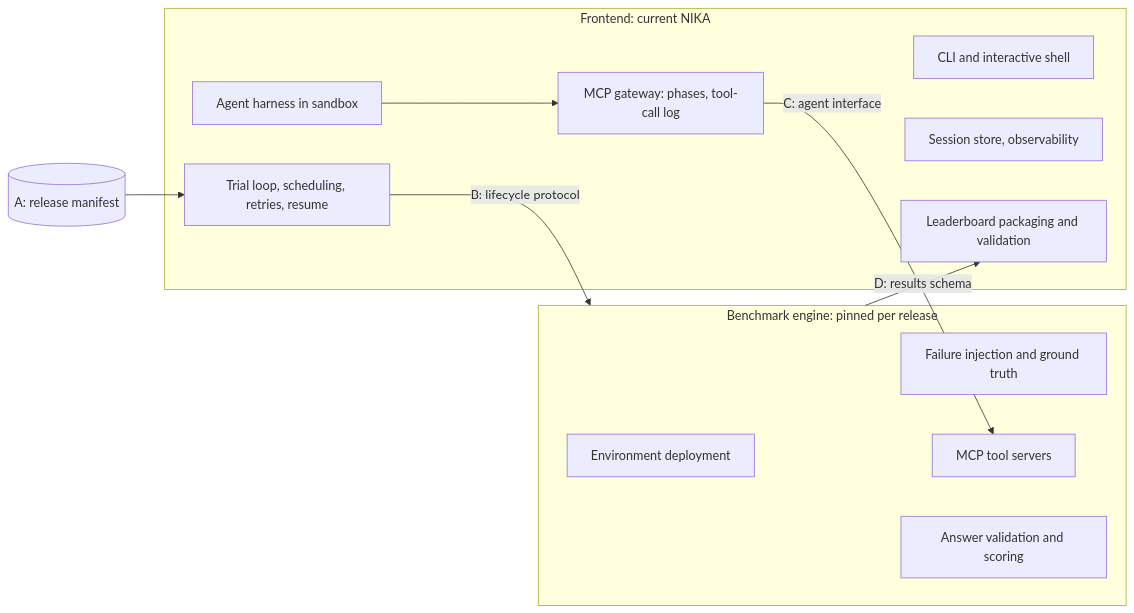
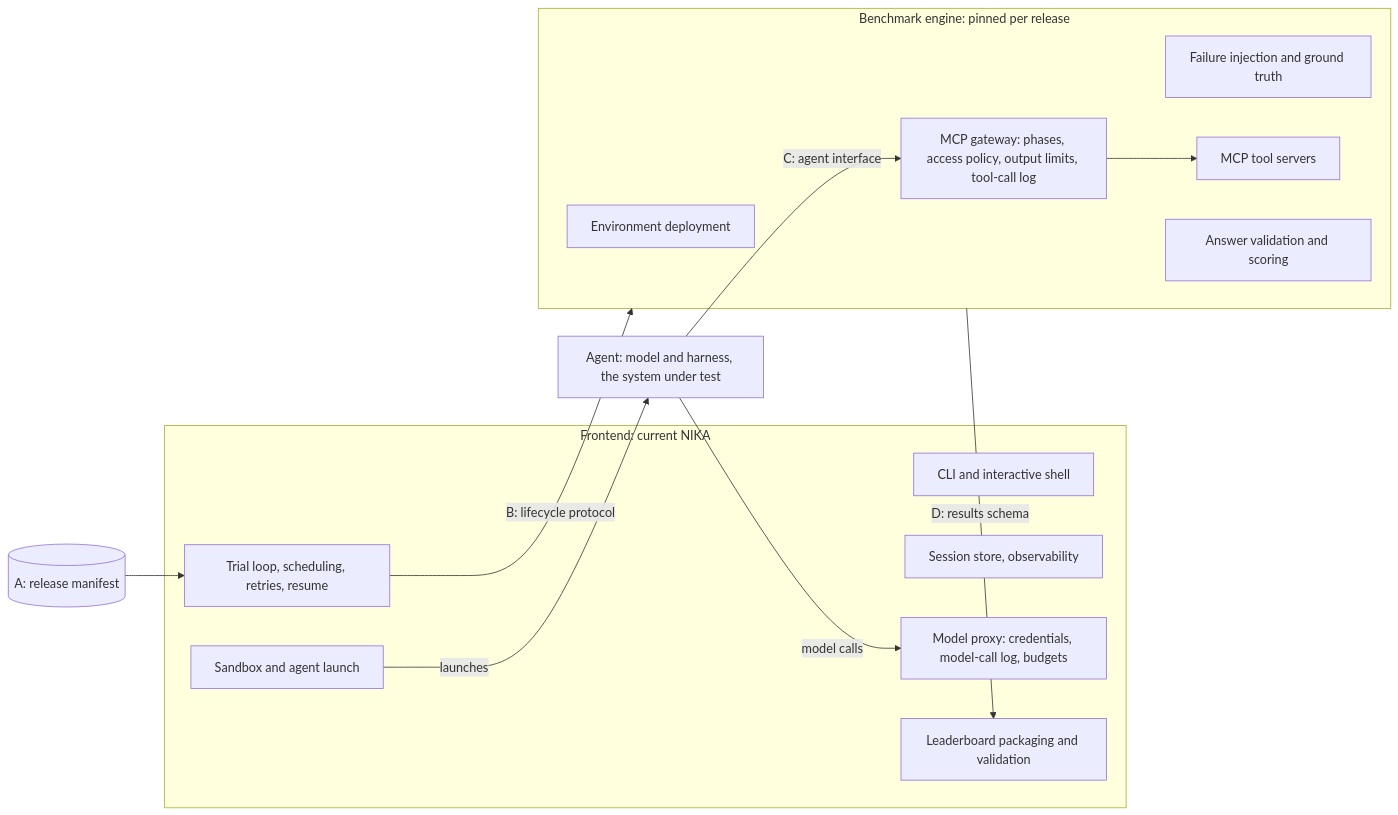
The diagram in docs/development/benchmark-contracts.md (sands-lab/nika), drawn with Mermaid before and after one commit. The commit also changed other lines of this file and 44 other files, not shown here.

First line of the commit message:
feat(benchmark): run releases on a pinned benchmark engine that hosts the MCP gateway

````diff
--- a/docs/development/benchmark-contracts.md
+++ b/docs/development/benchmark-contracts.md
@@ -11,21 +11,25 @@
 ```mermaid
 flowchart LR
+    Agent[Agent: model and harness, the system under test]
     subgraph FE[Frontend: current NIKA]
         CLI[CLI and interactive shell]
         Loop[Trial loop, scheduling, retries, resume]
+        Sandbox[Sandbox and agent launch]
         Store[Session store, observability]
-        GW[MCP gateway: phases, tool-call log]
-        Agent[Agent harness in sandbox]
+        MG[Model proxy: credentials, model-call log, budgets]
         Pack[Leaderboard packaging and validation]
     end
     subgraph BE[Benchmark engine: pinned per release]
         Env[Environment deployment]
         Inj[Failure injection and ground truth]
+        GW[MCP gateway: phases, access policy, output limits, tool-call log]
         Tools[MCP tool servers]
         Score[Answer validation and scoring]
     end
     A[(A: release manifest)] --> Loop
     Loop -- B: lifecycle protocol --> BE
-    Agent --> GW -- C: agent interface --> Tools
+    Sandbox -- launches --> Agent
+    Agent -- model calls --> MG
+    Agent -- C: agent interface --> GW --> Tools
     BE -- D: results schema --> Pack
 ```
````
